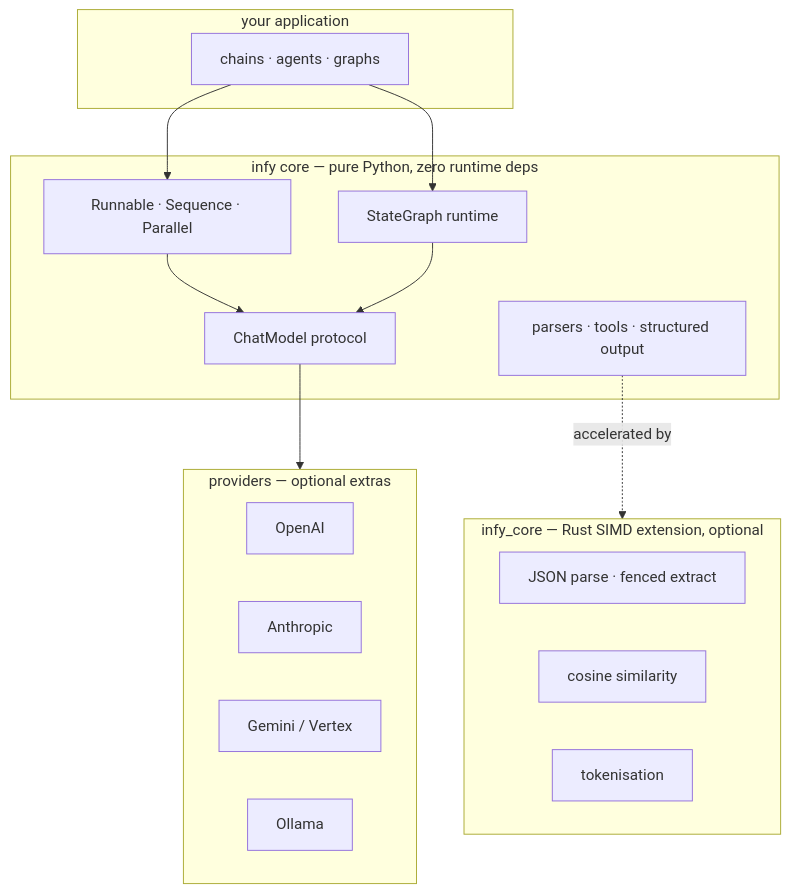
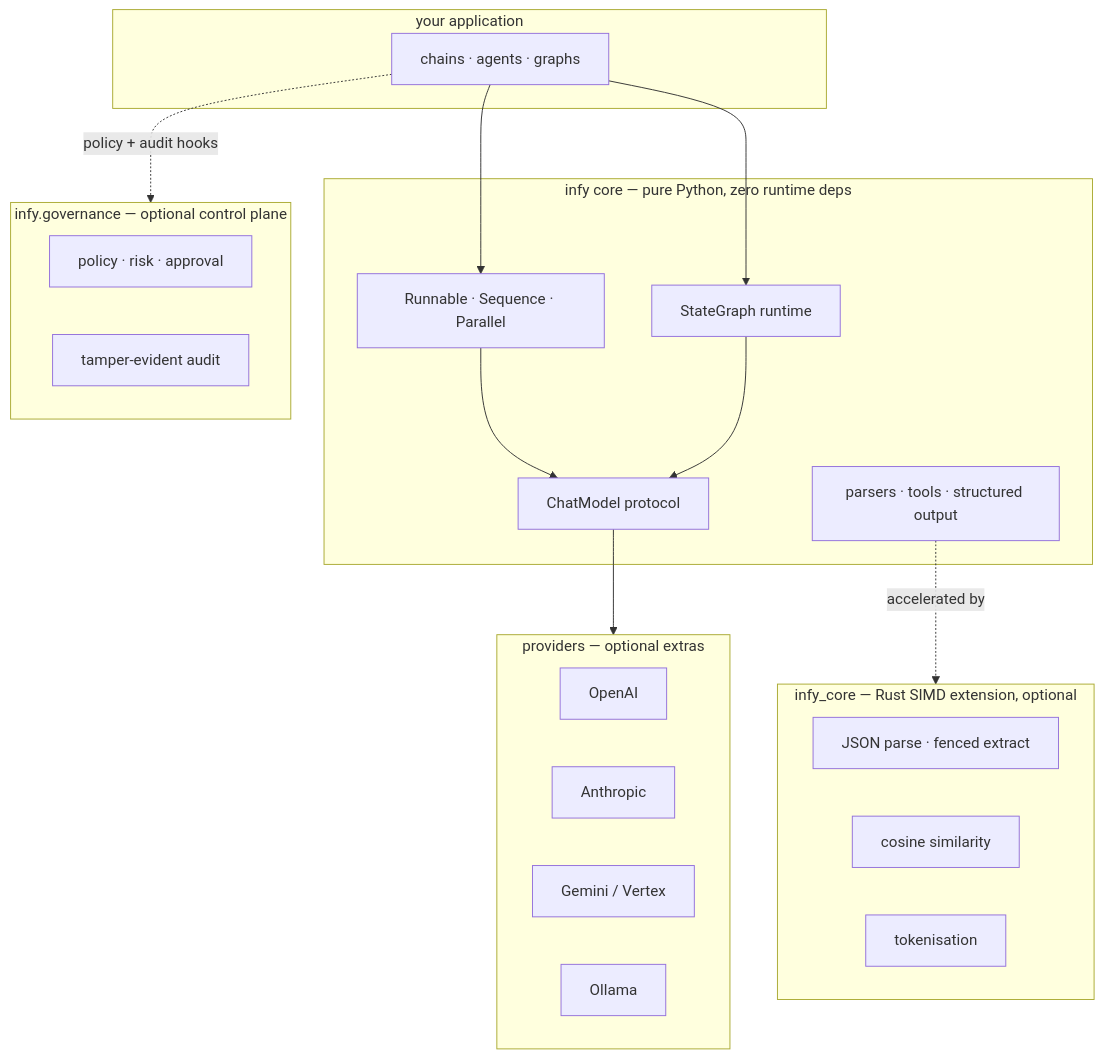
One commit to Infyrence/infy changed the third of 3 diagrams in README.md. Above: the diagram before and after it, drawn with Mermaid. The commit also changed other lines of this file and 31 other files, not shown here.

````diff
--- a/README.md
+++ b/README.md
@@ -287,29 +340,34 @@
 ```mermaid
 flowchart TB
     subgraph APP["your application"]
         U["chains · agents · graphs"]
     end
     subgraph CORE["infy core — pure Python, zero runtime deps"]
         RUN["Runnable · Sequence · Parallel"]
         MOD["ChatModel protocol"]
         GR["StateGraph runtime"]
         PT["parsers · tools · structured output"]
     end
     subgraph PROV["providers — optional extras"]
         OAI["OpenAI"]
         ANT["Anthropic"]
         GEM["Gemini / Vertex"]
         OLL["Ollama"]
     end
+    subgraph GOV["infy.governance — optional control plane"]
+        POL["policy · risk · approval"]
+        AUD["tamper-evident audit"]
+    end
     subgraph RUST["infy_core — Rust SIMD extension, optional"]
         JP["JSON parse · fenced extract"]
         SIM["cosine similarity"]
         TOK["tokenisation"]
     end
     U --> RUN
     U --> GR
     RUN --> MOD
     GR --> MOD
     MOD --> PROV
+    U -. policy + audit hooks .-> GOV
     PT -. accelerated by .-> RUST
 ```
````
